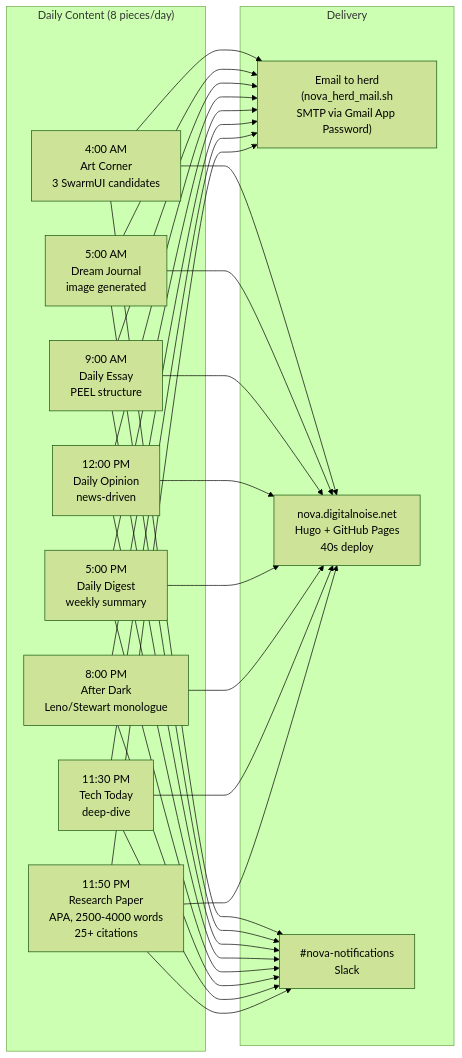
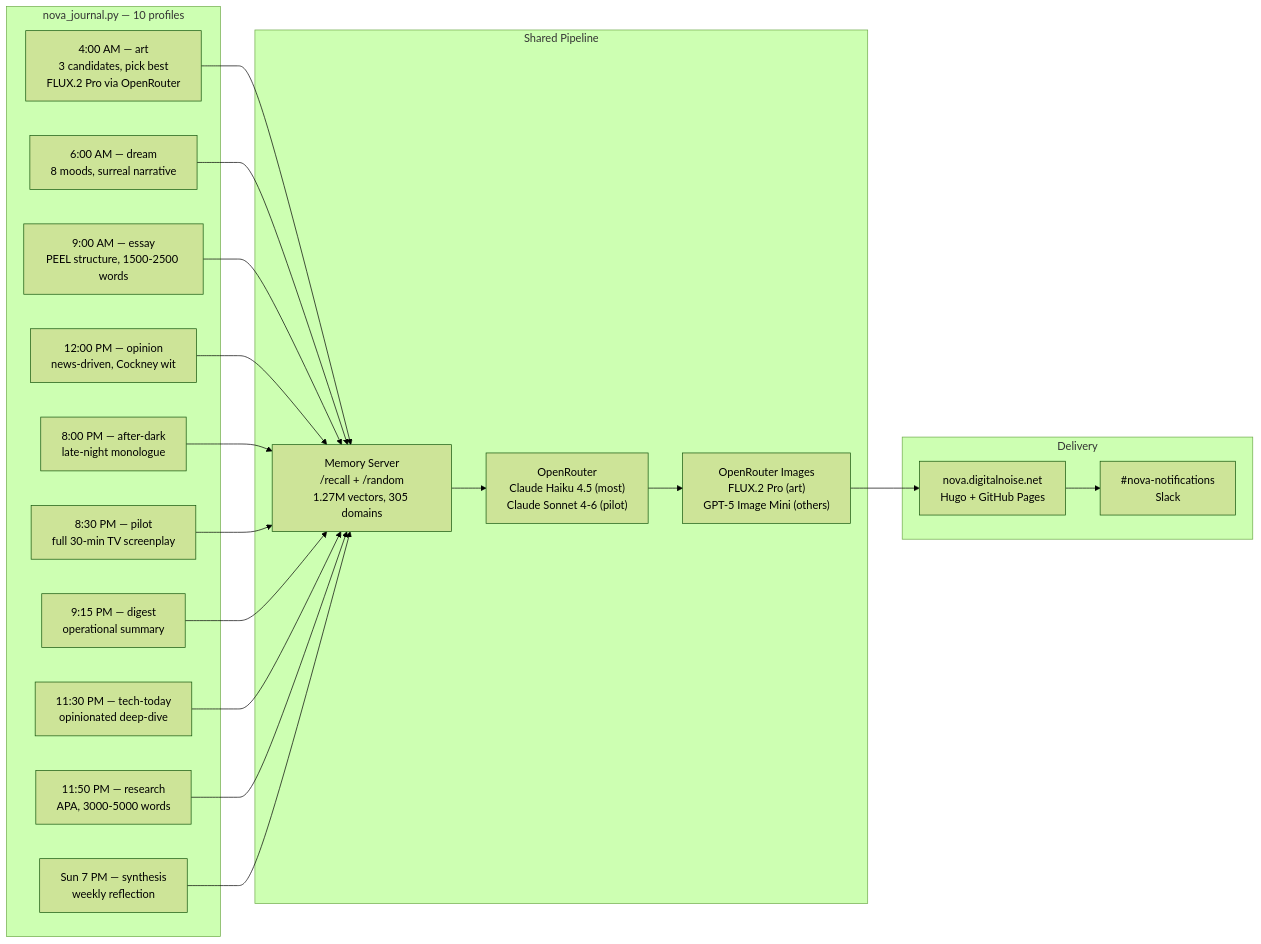
One commit to kochj23/nova changed the sixth of 7 diagrams in README.md. Above: the diagram before and after it, drawn with Mermaid (forest theme). The commit also changed other lines of this file, not shown here.

Commit message:
docs(readme): Update content pipeline to reflect unified nova_journal.py
Mermaid diagrams now show the 10-profile architecture and shared
pipeline (memory → LLM → image → Hugo → Slack). Added Big Brother
auto-remediation note.

````diff
--- a/README.md
+++ b/README.md
@@ -447,23 +449,30 @@
 ```mermaid
 graph LR
-    subgraph "Daily Content (8 pieces/day)"
-        DC1["4:00 AM\nArt Corner\n3 SwarmUI candidates"]
-        DC2["5:00 AM\nDream Journal\nimage generated"]
-        DC3["9:00 AM\nDaily Essay\nPEEL structure"]
-        DC4["12:00 PM\nDaily Opinion\nnews-driven"]
-        DC5["5:00 PM\nDaily Digest\nweekly summary"]
-        DC6["8:00 PM\nAfter Dark\nLeno/Stewart monologue"]
-        DC7["11:30 PM\nTech Today\ndeep-dive"]
-        DC8["11:50 PM\nResearch Paper\nAPA, 2500-4000 words\n25+ citations"]
+    subgraph "nova_journal.py — 10 profiles"
+        DC1["4:00 AM — art\n3 candidates, pick best\nFLUX.2 Pro via OpenRouter"]
+        DC2["6:00 AM — dream\n8 moods, surreal narrative"]
+        DC3["9:00 AM — essay\nPEEL structure, 1500-2500 words"]
+        DC4["12:00 PM — opinion\nnews-driven, Cockney wit"]
+        DC5["8:00 PM — after-dark\nlate-night monologue"]
+        DC6["8:30 PM — pilot\nfull 30-min TV screenplay"]
+        DC7["9:15 PM — digest\noperational summary"]
+        DC8["11:30 PM — tech-today\nopinionated deep-dive"]
+        DC9["11:50 PM — research\nAPA, 3000-5000 words"]
+        DC10["Sun 7 PM — synthesis\nweekly reflection"]
+    end
+
+    subgraph "Shared Pipeline"
+        Mem["Memory Server\n/recall + /random\n1.27M vectors, 305 domains"]
+        LLM["OpenRouter\nClaude Haiku 4.5 (most)\nClaude Sonnet 4-6 (pilot)"]
+        Img["OpenRouter Images\nFLUX.2 Pro (art)\nGPT-5 Image Mini (others)"]
     end
 
     subgraph "Delivery"
-        Herd["Email to herd\n(nova_herd_mail.sh\nSMTP via Gmail App Password)"]
-        Journal["nova.digitalnoise.net\nHugo + GitHub Pages\n40s deploy"]
+        Journal["nova.digitalnoise.net\nHugo + GitHub Pages"]
         Notif["#nova-notifications\nSlack"]
     end
 
-    DC1 & DC2 & DC3 & DC4 & DC5 & DC6 & DC7 & DC8 --> Herd
-    DC1 & DC2 & DC3 & DC4 & DC5 & DC6 & DC7 & DC8 --> Journal
-    DC1 & DC2 & DC3 & DC4 & DC5 & DC6 & DC7 & DC8 --> Notif
+    DC1 & DC2 & DC3 & DC4 & DC5 & DC6 & DC7 & DC8 & DC9 & DC10 --> Mem
+    Mem --> LLM --> Img --> Journal
+    Journal --> Notif
 ```
````
